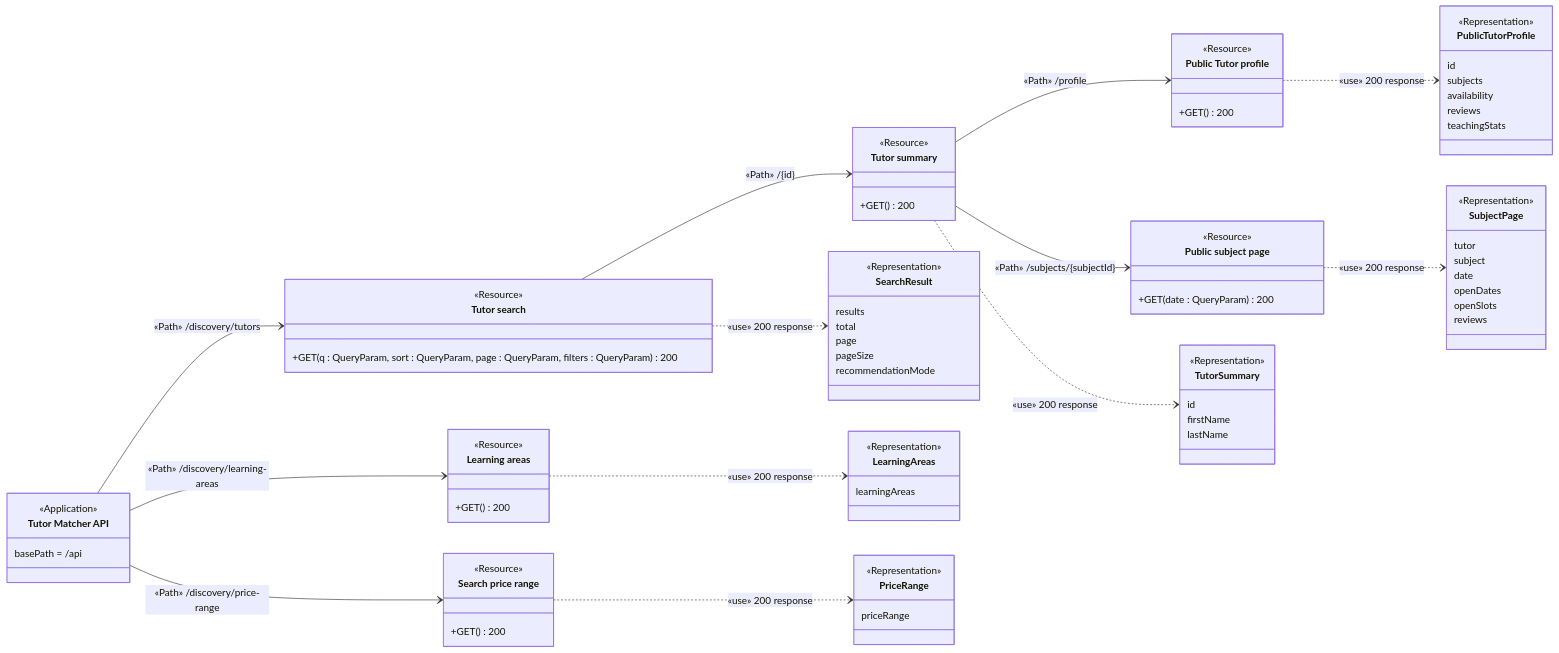
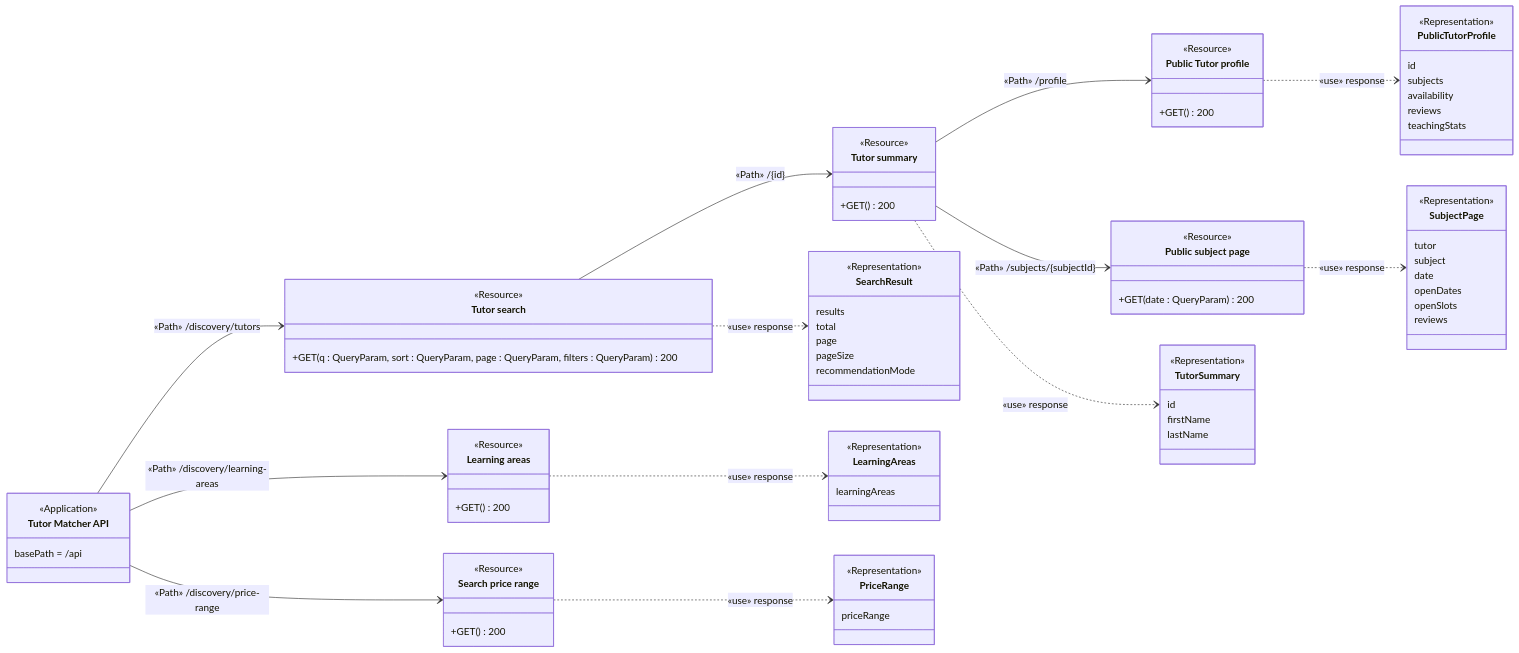
Before and after one commit to Azther0z/tutor-matcher: the seventh of 15 diagrams in docs/api-diagram.md, drawn with Mermaid. The commit also changed other lines of this file, not shown here.

````diff
--- a/docs/api-diagram.md
+++ b/docs/api-diagram.md
@@ -582,10 +582,10 @@
   Tutor --> Subject : «Path» /subjects/{subjectId}
   API --> Areas : «Path» /discovery/learning-areas
   API --> Prices : «Path» /discovery/price-range
-  Tutors ..> SearchResult : «use» 200 response
-  Tutor ..> TutorSummary : «use» 200 response
-  Profile ..> PublicTutorProfile : «use» 200 response
-  Subject ..> SubjectPage : «use» 200 response
-  Areas ..> LearningAreas : «use» 200 response
-  Prices ..> PriceRange : «use» 200 response
+  Tutors ..> SearchResult : «use» response
+  Tutor ..> TutorSummary : «use» response
+  Profile ..> PublicTutorProfile : «use» response
+  Subject ..> SubjectPage : «use» response
+  Areas ..> LearningAreas : «use» response
+  Prices ..> PriceRange : «use» response
 ```
````
